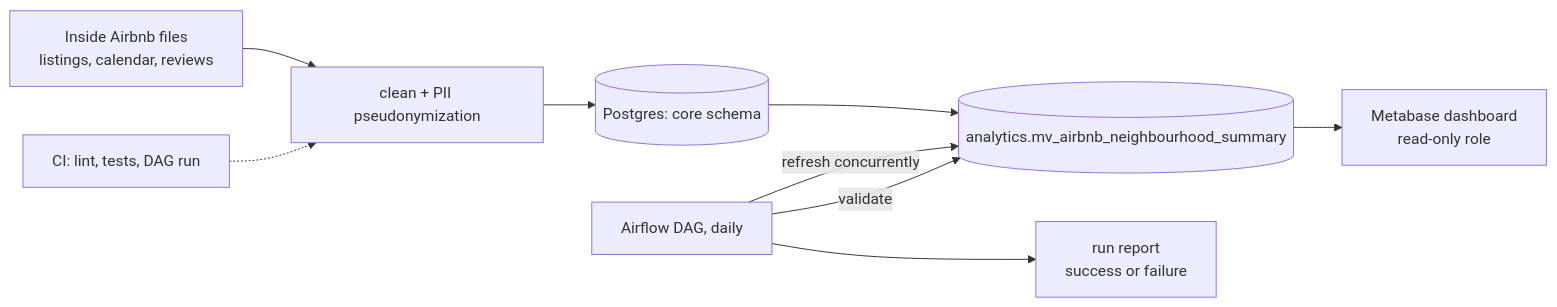
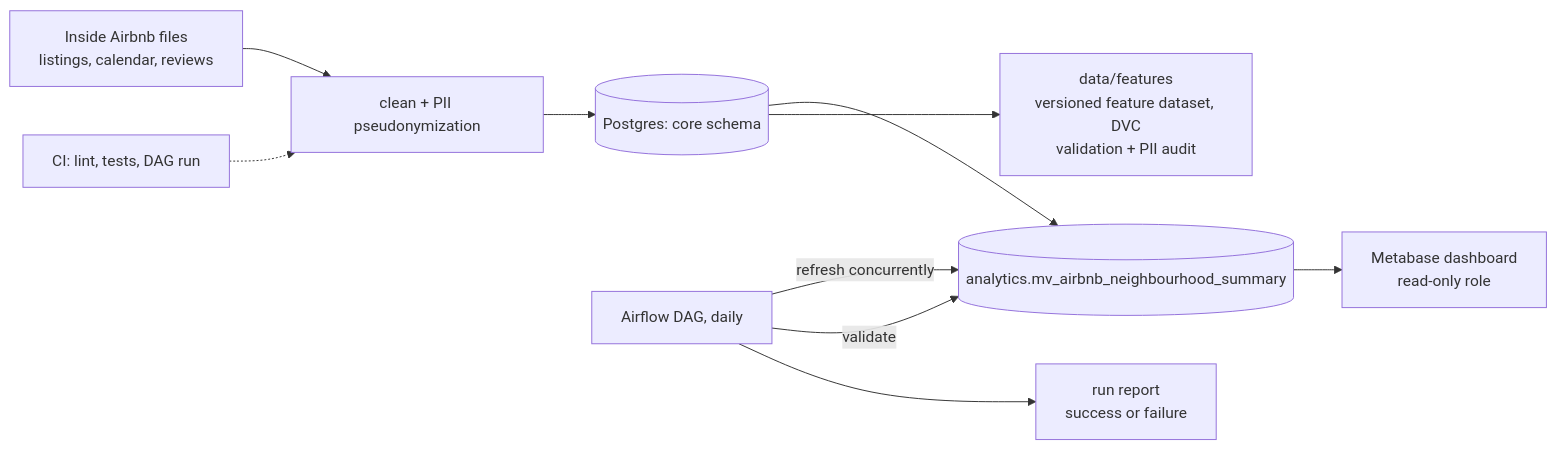
Before and after one commit to mbsoroush/Airbnb-Ops-Platform: the diagram in README.md, drawn with Mermaid. The commit also changed other lines of this file and 50 other files, not shown here.

Commit message:
Add versioned feature dataset: extended ingest, cutoff logic, validation, PII audit

````diff
--- a/README.md
+++ b/README.md
@@ -20,11 +21,12 @@
 ```mermaid
 flowchart LR
     A[Inside Airbnb files<br/>listings, calendar, reviews] --> B[clean + PII pseudonymization]
     B --> C[(Postgres: core schema)]
     C --> D[(analytics.mv_airbnb_neighbourhood_summary)]
     D --> E[Metabase dashboard<br/>read-only role]
     F[Airflow DAG, daily] -->|refresh concurrently| D
     F -->|validate| D
     F --> G[run report<br/>success or failure]
+    C --> I[data/features<br/>versioned feature dataset, DVC<br/>validation + PII audit]
     H[CI: lint, tests, DAG run] -.-> B
 ```
````
